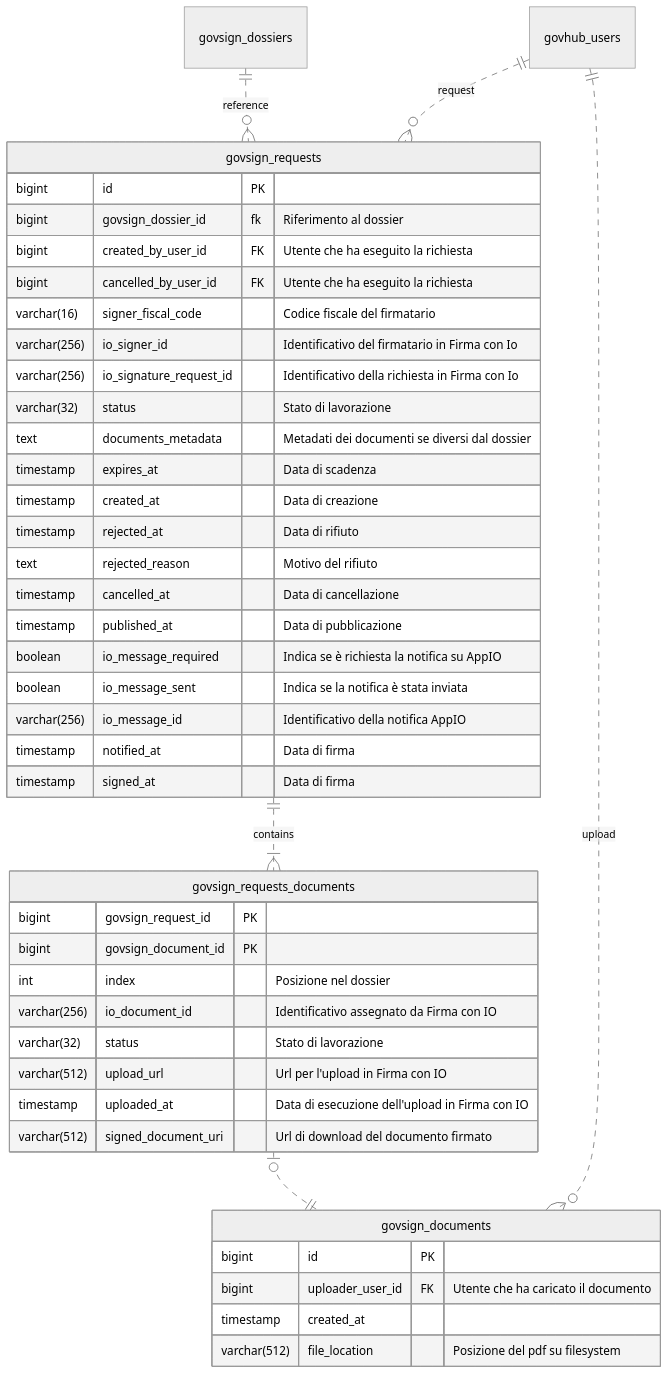
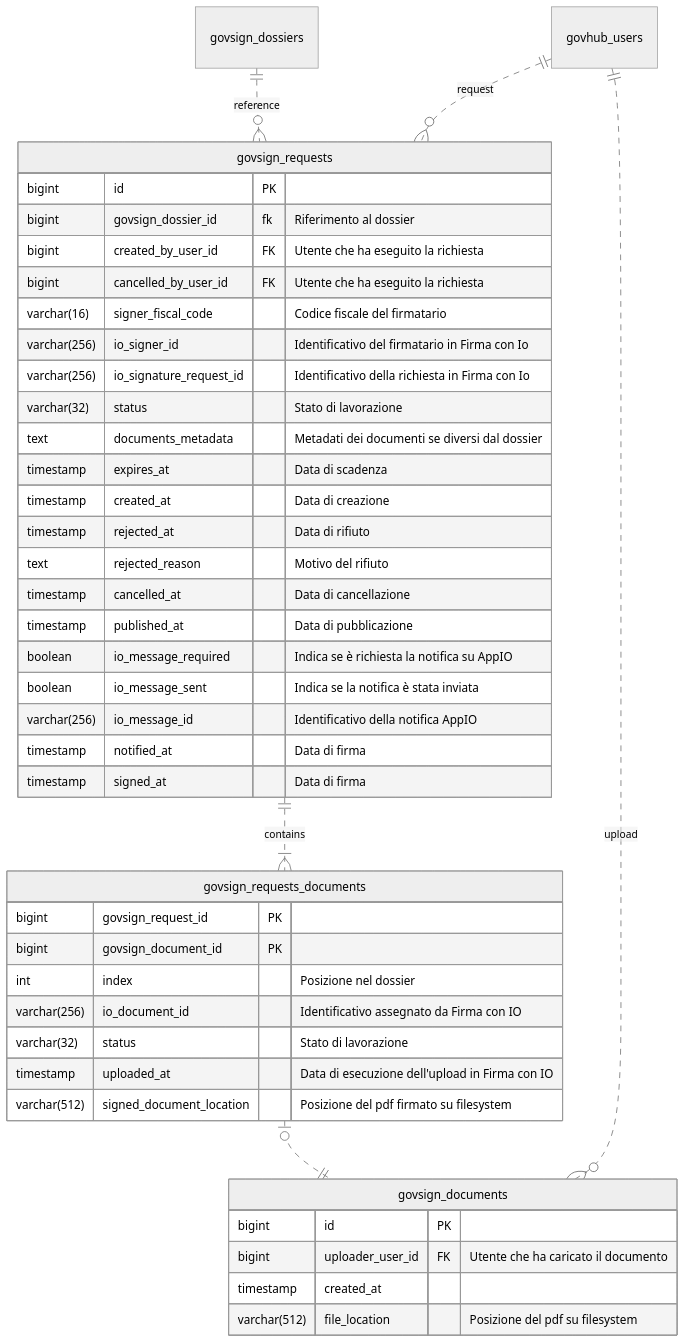
Before and after one commit to link-it/govsign-docs: the diagram in specifiche-tecniche/schema-dati/richieste-di-firma.md, drawn with Mermaid (neutral theme). The commit also changed other lines of this file, not shown here.

````diff
--- a/specifiche-tecniche/schema-dati/richieste-di-firma.md
+++ b/specifiche-tecniche/schema-dati/richieste-di-firma.md
@@ -7,51 +3,50 @@
 ```mermaid
 erDiagram
 
 govsign_dossiers ||..o{ govsign_requests: "reference"
 govsign_requests ||..|{ govsign_requests_documents: "contains"
 govhub_users ||..o{ govsign_requests: "request"
 govsign_requests_documents |o..|| govsign_documents: ""
 govhub_users ||..o{ govsign_documents: "upload"
 
 govsign_requests {
     bigint id PK
     bigint govsign_dossier_id fk "Riferimento al dossier"
     bigint created_by_user_id FK "Utente che ha eseguito la richiesta"
     bigint cancelled_by_user_id FK "Utente che ha eseguito la richiesta"
     varchar(16) signer_fiscal_code "Codice fiscale del firmatario"
     varchar(256) io_signer_id "Identificativo del firmatario in Firma con Io"
     varchar(256) io_signature_request_id "Identificativo della richiesta in Firma con Io"
     varchar(32) status "Stato di lavorazione"
     text documents_metadata "Metadati dei documenti se diversi dal dossier"
     timestamp expires_at "Data di scadenza"
     timestamp created_at "Data di creazione"
     timestamp rejected_at "Data di rifiuto"
     text rejected_reason "Motivo del rifiuto"
     timestamp cancelled_at "Data di cancellazione"
     timestamp published_at "Data di pubblicazione"
     boolean io_message_required "Indica se è richiesta la notifica su AppIO"
     boolean io_message_sent "Indica se la notifica è stata inviata"
     varchar(256) io_message_id "Identificativo della notifica AppIO"
     timestamp notified_at "Data di firma"
     timestamp signed_at "Data di firma"
 }
 
 govsign_requests_documents {
     bigint govsign_request_id PK
     bigint govsign_document_id PK
     int index "Posizione nel dossier" 
     varchar(256) io_document_id "Identificativo assegnato da Firma con IO"
     varchar(32) status "Stato di lavorazione"
-    varchar(512) upload_url "Url per l'upload in Firma con IO"
     timestamp uploaded_at "Data di esecuzione dell'upload in Firma con IO"
-    varchar(512) signed_document_uri "Url di download del documento firmato"
+    varchar(512) signed_document_location "Posizione del pdf firmato su filesystem"
 }
 
 govsign_documents {
     bigint id PK
     bigint uploader_user_id FK "Utente che ha caricato il documento"
     timestamp created_at
     varchar(512) file_location "Posizione del pdf su filesystem"
 }
 
 ```
````
